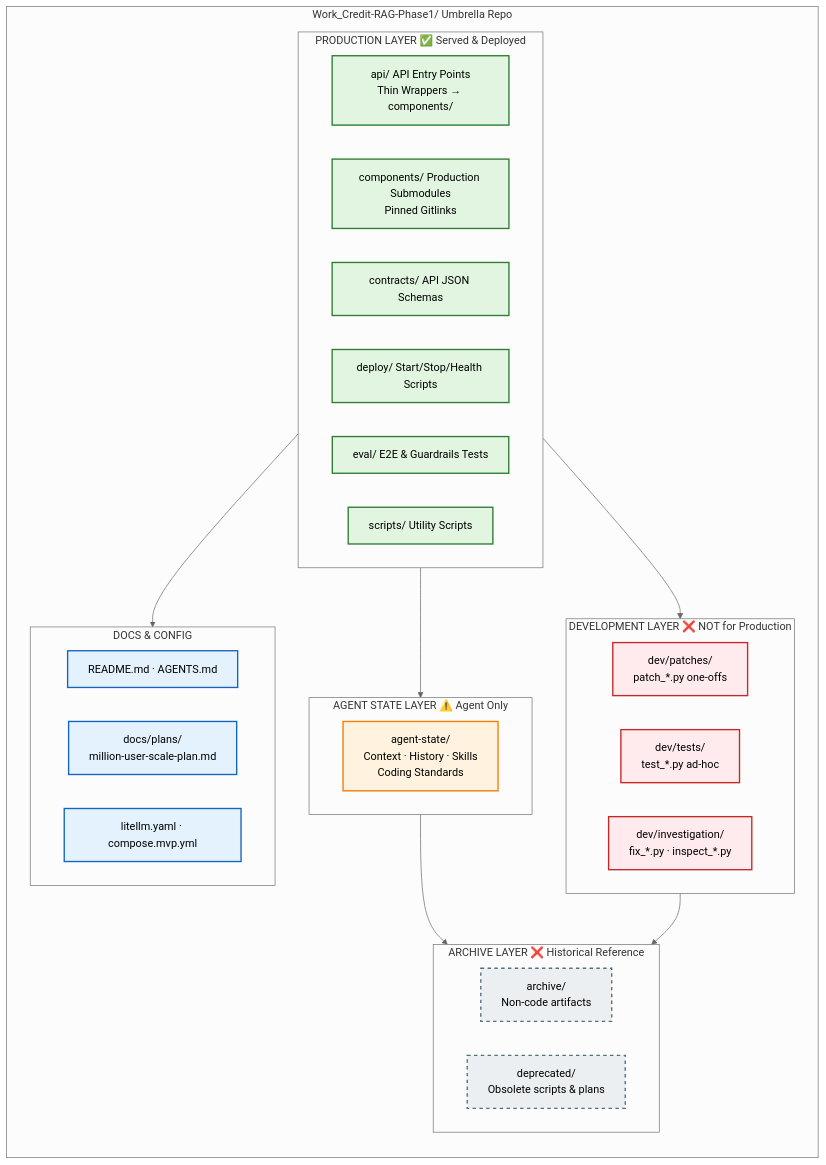
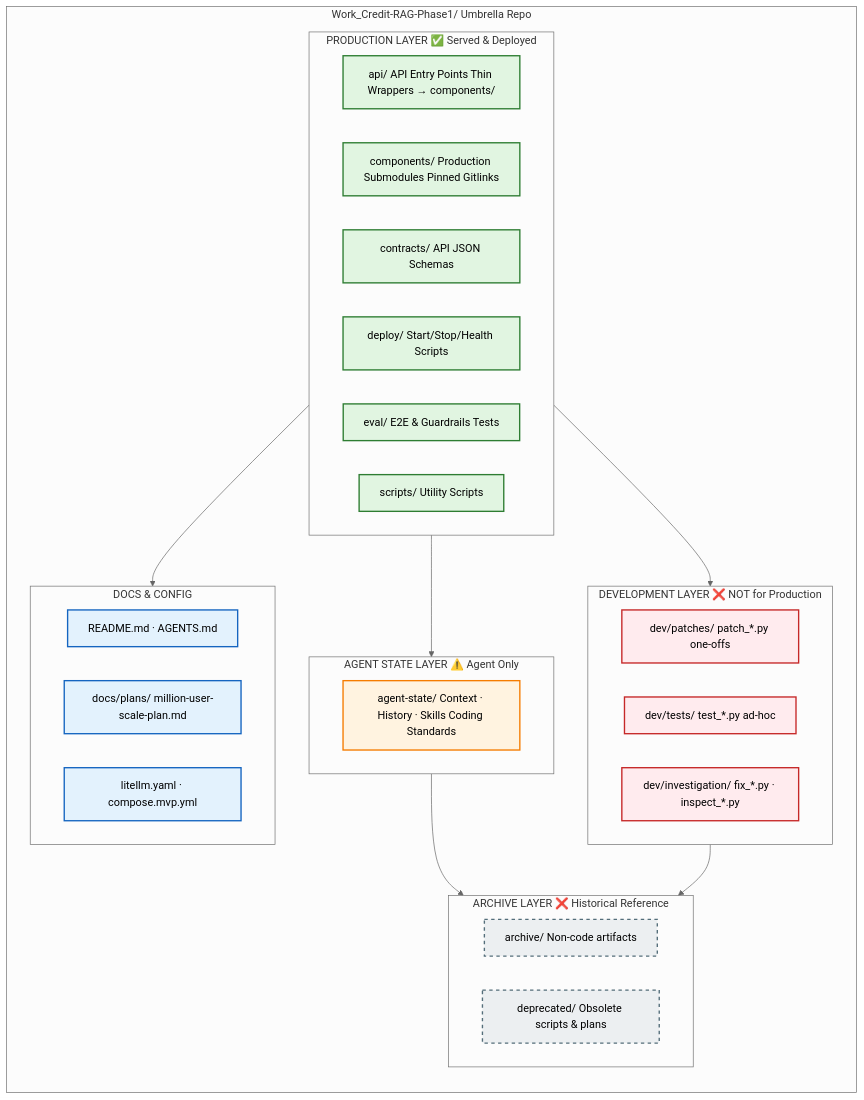
One commit to AliNikkhah2001/Work_Credit-RAG_Phase1 changed the first of 9 diagrams in README.md. Above: the diagram before and after it, drawn with Mermaid (neutral theme). The commit also changed other lines of this file, not shown here.

Commit message:
docs: remove <br/> tags from mermaid diagrams for compilation

````diff
--- a/README.md
+++ b/README.md
@@ -15,59 +15,59 @@
 ```mermaid
 graph TD
     subgraph Root["Work_Credit-RAG-Phase1/ Umbrella Repo"]
         direction TB
         
         subgraph Production["PRODUCTION LAYER ✅ Served & Deployed"]
             direction LR
-            api["api/ API Entry Points<br/>Thin Wrappers → components/"]
-            comp["components/ Production Submodules<br/>Pinned Gitlinks"]
+            api["api/ API Entry Points Thin Wrappers → components/"]
+            comp["components/ Production Submodules Pinned Gitlinks"]
             con["contracts/ API JSON Schemas"]
             dep["deploy/ Start/Stop/Health Scripts"]
             eval["eval/ E2E & Guardrails Tests"]
             sc["scripts/ Utility Scripts"]
         end
         
         subgraph Agent["AGENT STATE LAYER ⚠️ Agent Only"]
             direction LR
-            ast["agent-state/<br/>Context · History · Skills<br/>Coding Standards"]
+            ast["agent-state/ Context · History · Skills Coding Standards"]
         end
         
         subgraph Dev["DEVELOPMENT LAYER ❌ NOT for Production"]
             direction LR
-            devp["dev/patches/<br/>patch_*.py one-offs"]
-            devt["dev/tests/<br/>test_*.py ad-hoc"]
-            devi["dev/investigation/<br/>fix_*.py · inspect_*.py"]
+            devp["dev/patches/ patch_*.py one-offs"]
+            devt["dev/tests/ test_*.py ad-hoc"]
+            devi["dev/investigation/ fix_*.py · inspect_*.py"]
         end
         
         subgraph Archive["ARCHIVE LAYER ❌ Historical Reference"]
             direction LR
-            arc["archive/<br/>Non-code artifacts"]
-            deprec["deprecated/<br/>Obsolete scripts & plans"]
+            arc["archive/ Non-code artifacts"]
+            deprec["deprecated/ Obsolete scripts & plans"]
         end
         
         subgraph Docs["DOCS & CONFIG"]
             direction LR
             rd["README.md · AGENTS.md"]
-            docs["docs/plans/<br/>million-user-scale-plan.md"]
+            docs["docs/plans/ million-user-scale-plan.md"]
             lit["litellm.yaml · compose.mvp.yml"]
         end
     end
 
     Production --> Agent
     Production --> Dev
     Production --> Docs
     Agent --> Archive
     Dev --> Archive
 
     classDef production fill:#e1f5e1,stroke:#2e7d32,stroke-width:2px
     classDef agent fill:#fff3e0,stroke:#f57c00,stroke-width:2px
     classDef dev fill:#ffebee,stroke:#c62828,stroke-width:2px
     classDef archive fill:#eceff1,stroke:#546e7a,stroke-width:2px,stroke-dasharray: 5 5
     classDef docs fill:#e3f2fd,stroke:#1565c0,stroke-width:2px
 
     class api,comp,con,dep,eval,sc production
     class ast agent
     class devp,devt,devi dev
     class arc,deprec archive
     class rd,docs,lit docs
 ```
````
